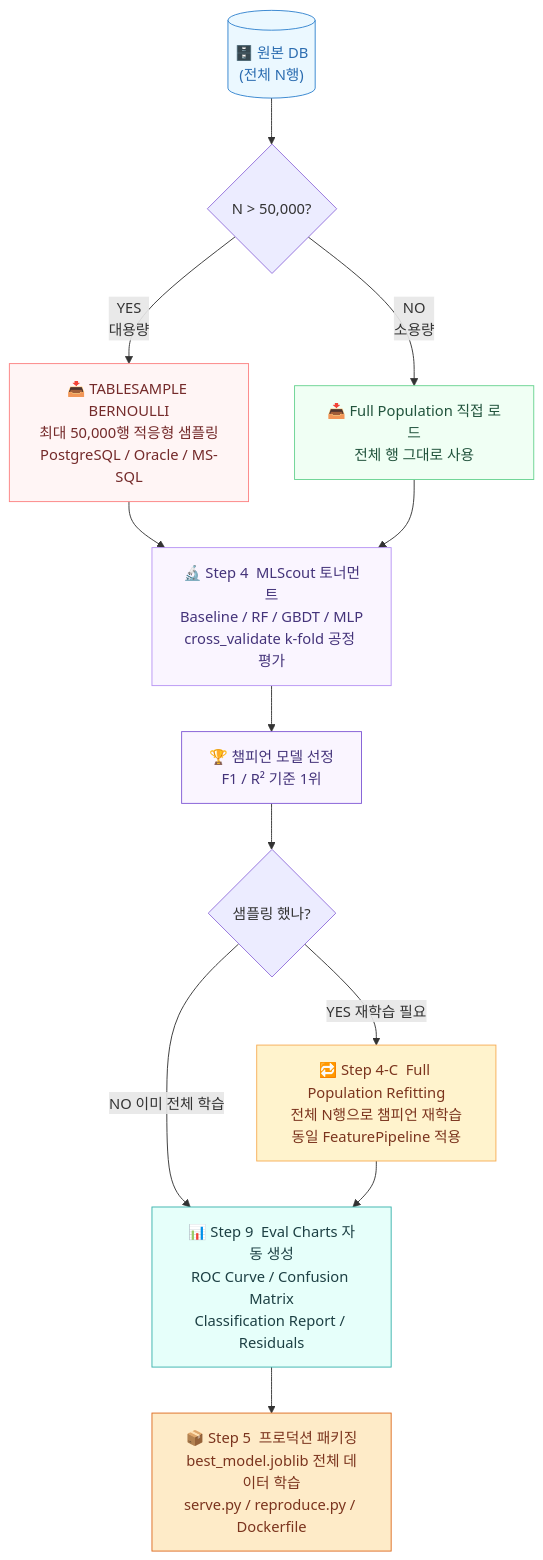
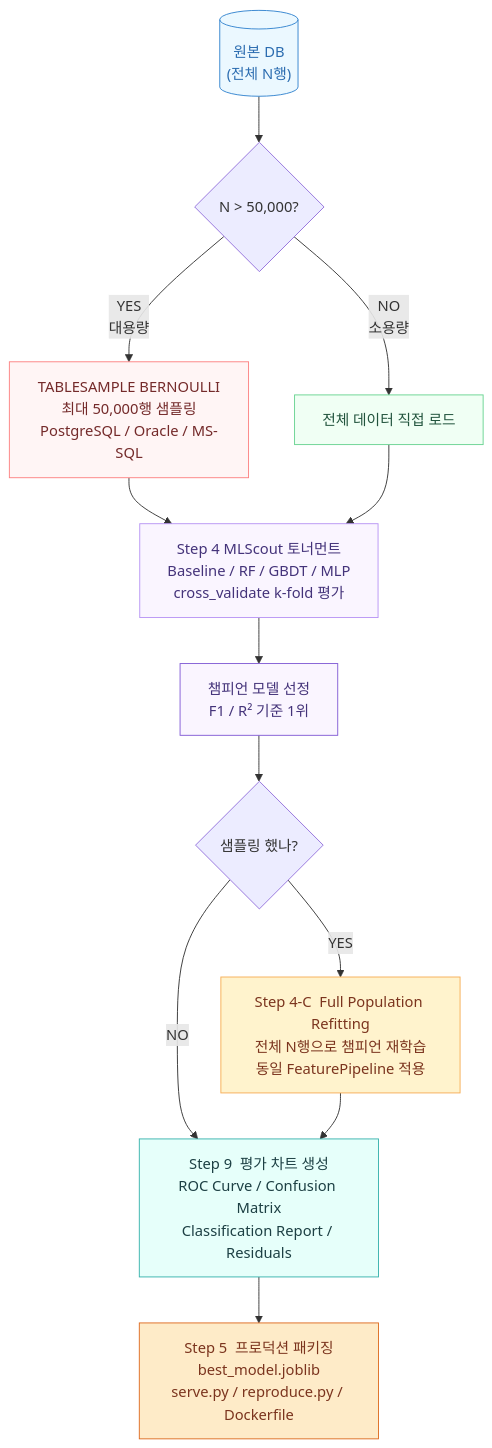
One commit to kc9302/auto-data-analyzer- changed the second of 2 diagrams in README.md. Above: the diagram before and after it, drawn with Mermaid. The commit also changed other lines of this file, not shown here.

````diff
--- a/README.md
+++ b/README.md
@@ -102,31 +98,31 @@
 ```mermaid
 flowchart TD
-    A[("🗄️ 원본 DB\n(전체 N행)")]
+    A[("원본 DB\n(전체 N행)")]
     A --> B{"N > 50,000?"}
 
-    B -- "YES\n대용량" --> C["📥 TABLESAMPLE BERNOULLI\n최대 50,000행 적응형 샘플링\nPostgreSQL / Oracle / MS-SQL"]
-    B -- "NO\n소용량" --> D["📥 Full Population 직접 로드\n전체 행 그대로 사용"]
+    B -- "YES\n대용량" --> C["TABLESAMPLE BERNOULLI\n최대 50,000행 샘플링\nPostgreSQL / Oracle / MS-SQL"]
+    B -- "NO\n소용량" --> D["전체 데이터 직접 로드"]
 
-    C --> E["🔬 Step 4  MLScout 토너먼트\nBaseline / RF / GBDT / MLP\ncross_validate k-fold 공정 평가"]
+    C --> E["Step 4  MLScout 토너먼트\nBaseline / RF / GBDT / MLP\ncross_validate k-fold 평가"]
     D --> E
 
-    E --> F["🏆 챔피언 모델 선정\nF1 / R² 기준 1위"]
+    E --> F["챔피언 모델 선정\nF1 / R² 기준 1위"]
 
     F --> G{"샘플링 했나?"}
 
-    G -- "YES 재학습 필요" --> H["🔁 Step 4-C  Full Population Refitting\n전체 N행으로 챔피언 재학습\n동일 FeaturePipeline 적용"]
-    G -- "NO 이미 전체 학습" --> I
+    G -- "YES" --> H["Step 4-C  Full Population Refitting\n전체 N행으로 챔피언 재학습\n동일 FeaturePipeline 적용"]
+    G -- "NO" --> I
 
-    H --> I["📊 Step 9  Eval Charts 자동 생성\nROC Curve / Confusion Matrix\nClassification Report / Residuals"]
+    H --> I["Step 9  평가 차트 생성\nROC Curve / Confusion Matrix\nClassification Report / Residuals"]
 
-    I --> J["📦 Step 5  프로덕션 패키징\nbest_model.joblib 전체 데이터 학습\nserve.py / reproduce.py / Dockerfile"]
+    I --> J["Step 5  프로덕션 패키징\nbest_model.joblib\nserve.py / reproduce.py / Dockerfile"]
 
     style A fill:#EBF8FF,stroke:#3182CE,color:#2B6CB0
     style C fill:#FFF5F5,stroke:#FC8181,color:#742A2A
     style D fill:#F0FFF4,stroke:#68D391,color:#22543D
     style E fill:#FAF5FF,stroke:#B794F4,color:#44337A
     style F fill:#FAF5FF,stroke:#805AD5,color:#44337A
     style H fill:#FFF3CD,stroke:#F6AD55,color:#7B341E
     style I fill:#E6FFFA,stroke:#38B2AC,color:#1D4044
     style J fill:#FEEBC8,stroke:#DD6B20,color:#7B341E
 ```
````
